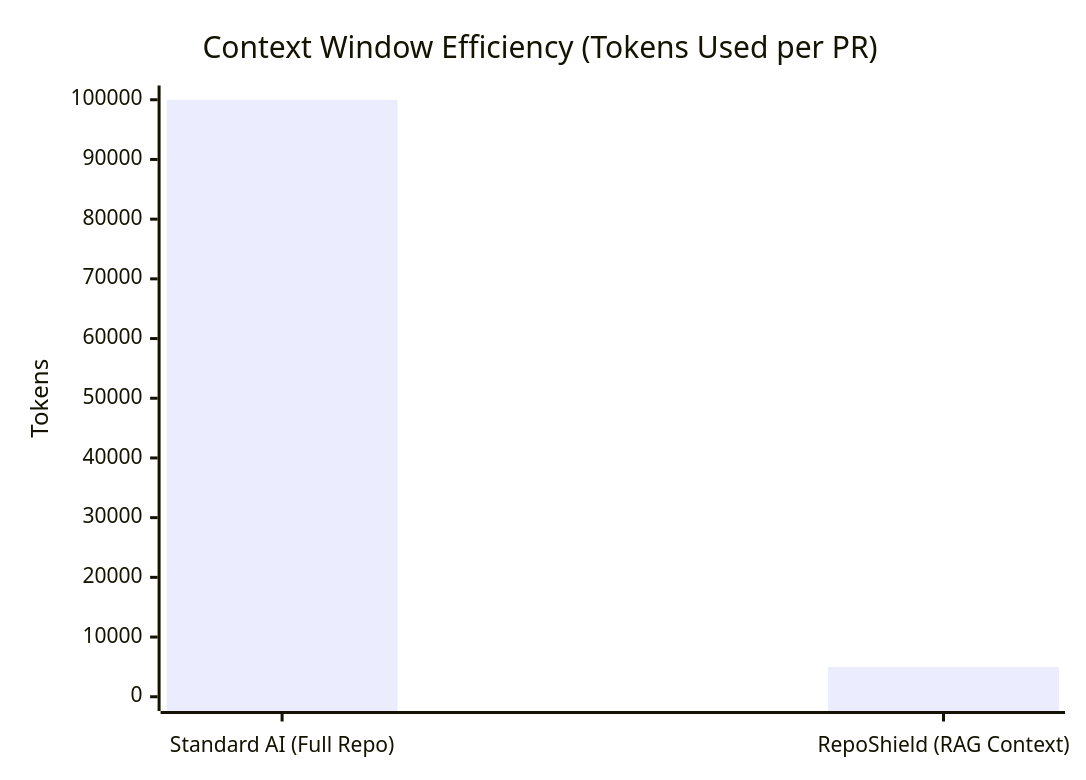
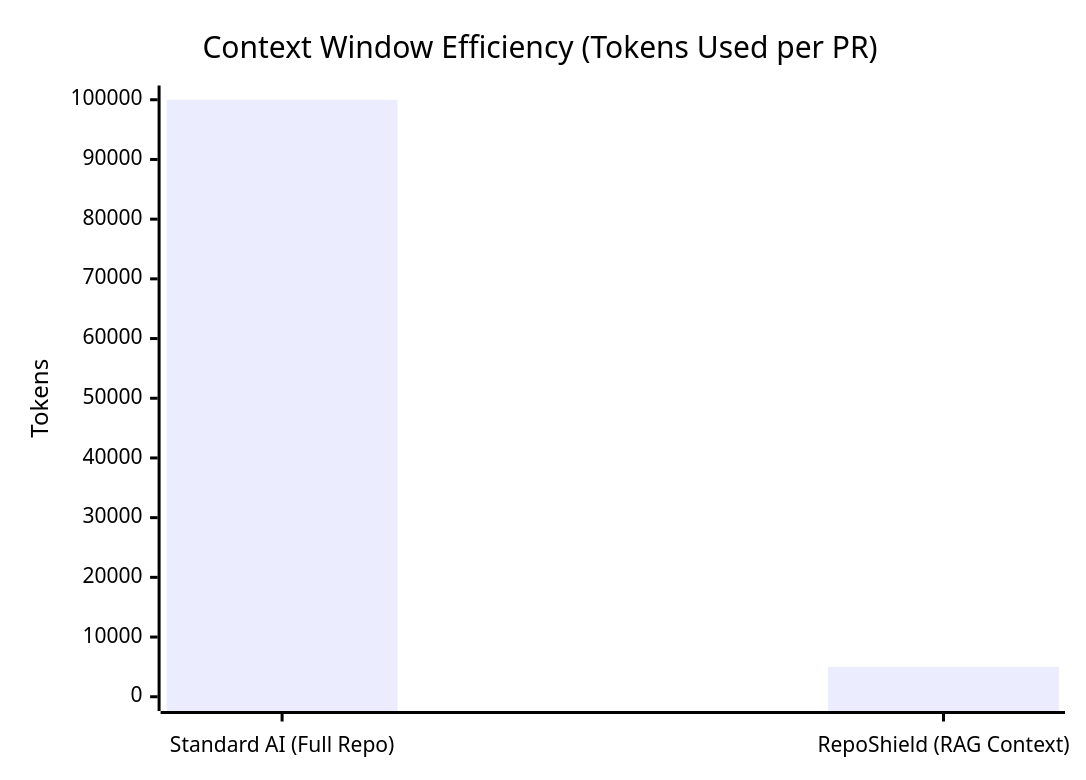
The fifth of 10 diagrams in README.md (Armaan42/reposhield), drawn with Mermaid before and after one commit. The commit also changed other lines of this file, not shown here.

Commit message:
style(readme): configure white backgrounds and black text on all performance charts

````diff
--- a/README.md
+++ b/README.md
@@ -263,7 +267,8 @@
 ```mermaid
+%%{init: { "themeVariables": { "xyChart": { "backgroundColor": "#ffffff", "titleColor": "#000000", "xAxisLabelColor": "#000000", "xAxisTitleColor": "#000000", "yAxisLabelColor": "#000000", "yAxisTitleColor": "#000000", "xAxisTickColor": "#000000", "yAxisTickColor": "#000000", "xAxisLineColor": "#000000", "yAxisLineColor": "#000000" } } } }%%
 xychart-beta
     title "Context Window Efficiency (Tokens Used per PR)"
     x-axis ["Standard AI (Full Repo)", "RepoShield (RAG Context)"]
     y-axis "Tokens" 0 --> 100000
     bar [100000, 5000]
 ```
````
